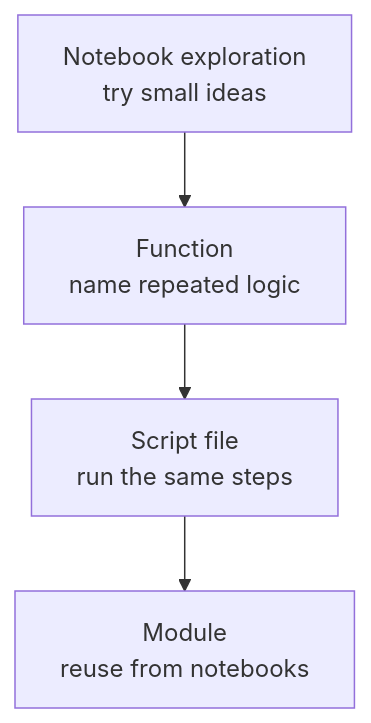
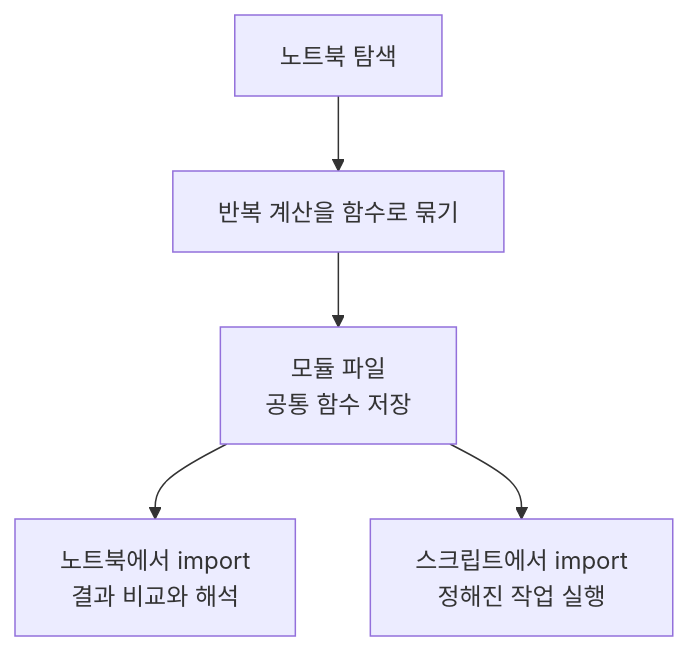
The diagram in docs/assets/part-02/chapter-10/notebook-to-module-flow-ko.mmd (devchan64/AiBook), drawn with Mermaid before and after one commit. The commit also changed 28 other files, not shown here.

Commit message:
docs: reinforce P2-10 notebooks and require Mermaid for suitable diagrams

```diff
--- a/docs/assets/part-02/chapter-10/notebook-to-module-flow-ko.mmd
+++ b/docs/assets/part-02/chapter-10/notebook-to-module-flow-ko.mmd
@@ -1,7 +1,9 @@
-flowchart TD
-  A["Notebook exploration<br/>try small ideas"]
-  B["Function<br/>name repeated logic"]
-  C["Script file<br/>run the same steps"]
-  D["Module<br/>reuse from notebooks"]
-
-  A --> B --> C --> D
+flowchart TB
+  A["노트북 탐색"]
+  B["반복 계산을 함수로 묶기"]
+  C["모듈 파일<br/>공통 함수 저장"]
+  D["노트북에서 import<br/>결과 비교와 해석"]
+  E["스크립트에서 import<br/>정해진 작업 실행"]
+  A --> B --> C
+  C --> D
+  C --> E
```
